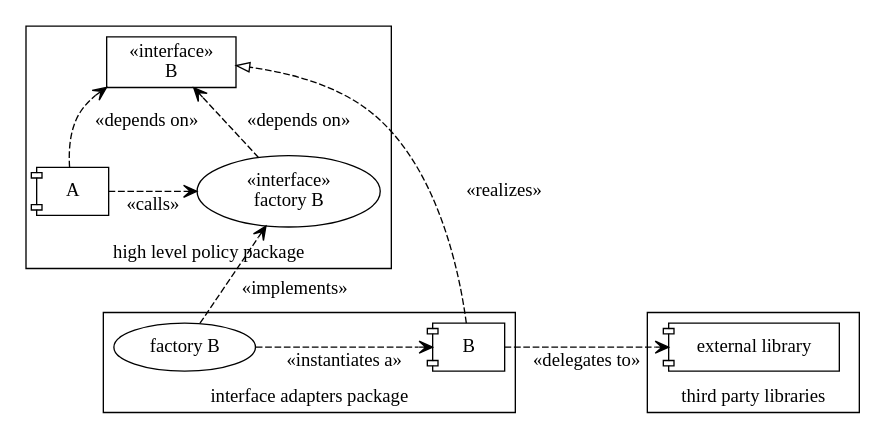
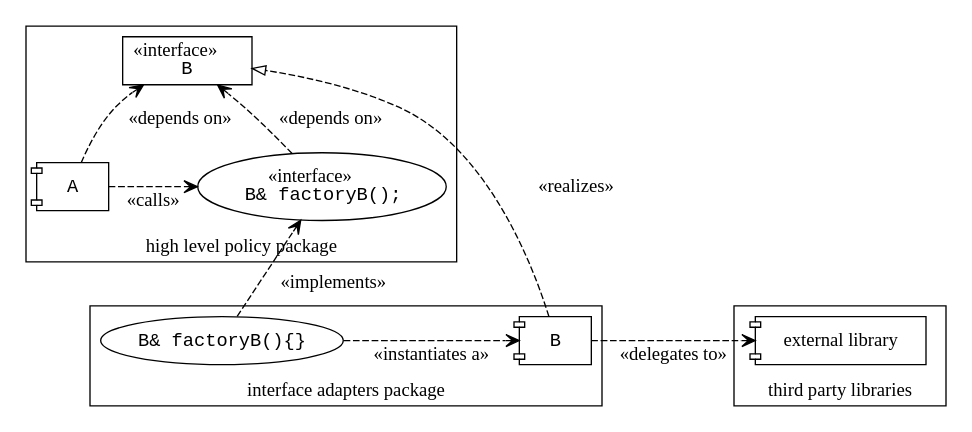
The diagram in doc/dependency_injection_interface_adapter.dot (Task-Tracker-Systems/Task-Tracker-Device), drawn with Graphviz before and after one commit.

Commit message:
Use fixed width font for code in graph.

```diff
--- a/doc/dependency_injection_interface_adapter.dot
+++ b/doc/dependency_injection_interface_adapter.dot
@@ -1,30 +1,30 @@
 digraph dependency_injection_interface_adapter {
     rankdir="BT"
     edge[style="dashed", arrowhead="vee"]
 
   subgraph cluster_high {
       label="high level policy package"
-      factory_interface [label="«interface»\n factory B"];
-      component_a [shape="component", label="A"];
-      interface_b [shape="rectangle", label="«interface»\n B"];
+      factory_interface [label=<«interface»<BR/><FONT FACE="Courier New">B&amp; factoryB();</FONT>>];
+      component_a [shape="component", label="A", fontname="Courier New"];
+      interface_b [shape="rectangle", label=<«interface»<BR/><FONT FACE="Courier New">B</FONT>>];
   }
   
   subgraph cluster_low {
       label="interface adapters package"
-      factory_impl [label="factory B"];
-      component_b [shape="component", label="B"];
+      factory_impl [label="B& factoryB(){}" fontname="Courier New"];
+      component_b [shape="component", label="B", fontname="Courier New"];
   }
   
   subgraph cluster_external {
       label="third party libraries"
       component_c [shape="component", label="external library"];
   }
 
   component_b -> interface_b [arrowhead="onormal", label="«realizes»"]
   component_b -> component_c [constraint="false", label="«delegates to»"]
   factory_impl -> component_b [constraint="false", label="«instantiates a»"]
   component_a -> interface_b [label="«depends on»"]
   component_a -> factory_interface [constraint="false", label="«calls»"]
   factory_interface -> interface_b [constraint="false", label="«depends on»"]
   factory_impl -> factory_interface [label="«implements»"]
 }
```
